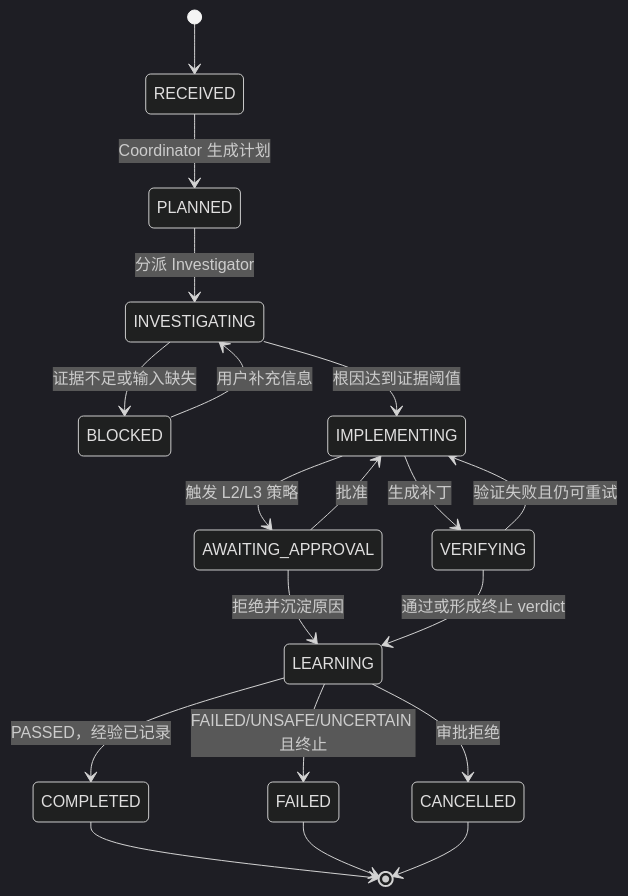
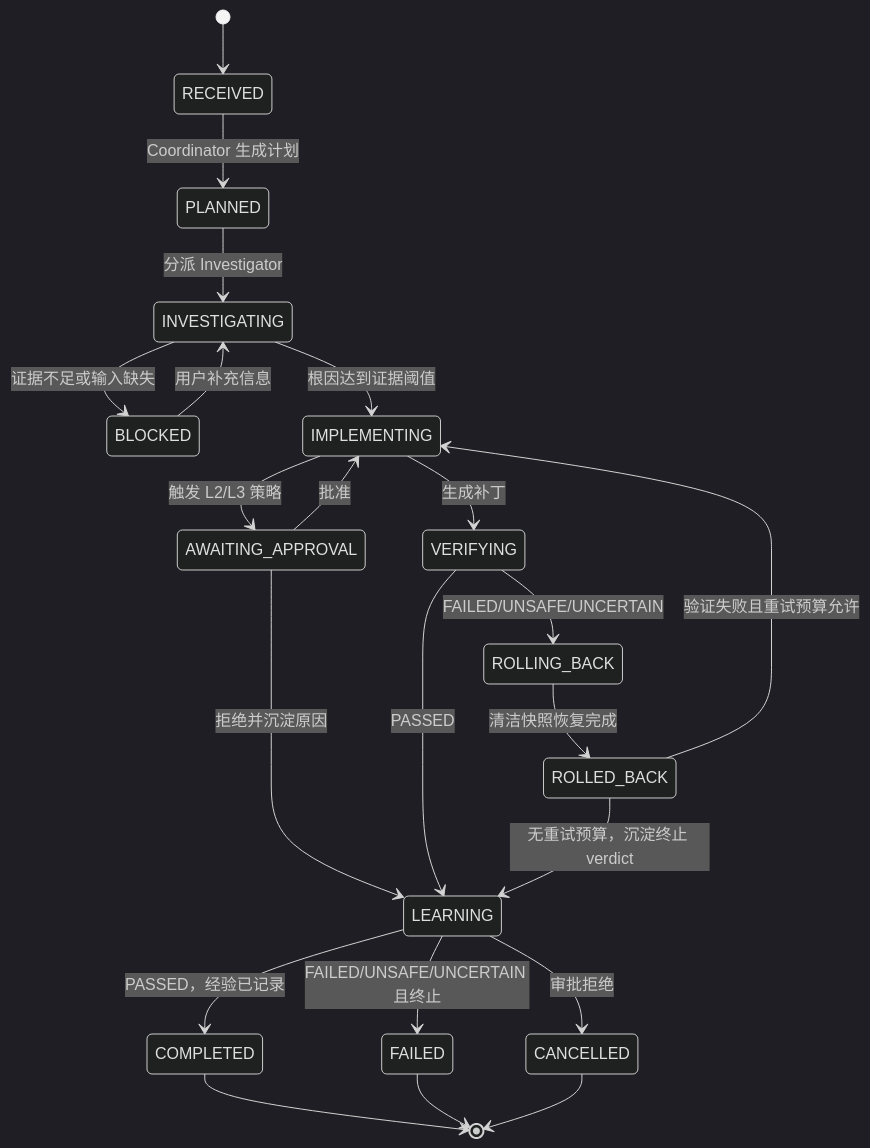
Before and after one commit to WilliamClifton-dev/AgentLoom: the second of 4 diagrams in docs/architecture/agentloom-architecture.md, drawn with Mermaid (dark theme). The commit also changed 5 other files, not shown here.

````diff
--- a/docs/architecture/agentloom-architecture.md
+++ b/docs/architecture/agentloom-architecture.md
@@ -335,21 +335,24 @@
 ```mermaid
 stateDiagram-v2
     [*] --> RECEIVED
     RECEIVED --> PLANNED: Coordinator 生成计划
     PLANNED --> INVESTIGATING: 分派 Investigator
     INVESTIGATING --> BLOCKED: 证据不足或输入缺失
     BLOCKED --> INVESTIGATING: 用户补充信息
     INVESTIGATING --> IMPLEMENTING: 根因达到证据阈值
     IMPLEMENTING --> AWAITING_APPROVAL: 触发 L2/L3 策略
     AWAITING_APPROVAL --> IMPLEMENTING: 批准
     AWAITING_APPROVAL --> LEARNING: 拒绝并沉淀原因
     IMPLEMENTING --> VERIFYING: 生成补丁
-    VERIFYING --> IMPLEMENTING: 验证失败且仍可重试
-    VERIFYING --> LEARNING: 通过或形成终止 verdict
+    VERIFYING --> LEARNING: PASSED
+    VERIFYING --> ROLLING_BACK: FAILED/UNSAFE/UNCERTAIN
+    ROLLING_BACK --> ROLLED_BACK: 清洁快照恢复完成
+    ROLLED_BACK --> IMPLEMENTING: 验证失败且重试预算允许
+    ROLLED_BACK --> LEARNING: 无重试预算，沉淀终止 verdict
     LEARNING --> COMPLETED: PASSED，经验已记录
     LEARNING --> FAILED: FAILED/UNSAFE/UNCERTAIN 且终止
     LEARNING --> CANCELLED: 审批拒绝
     COMPLETED --> [*]
     FAILED --> [*]
     CANCELLED --> [*]
 ```
````
